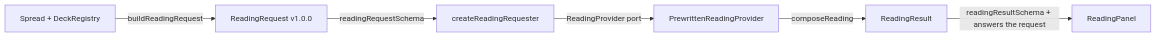
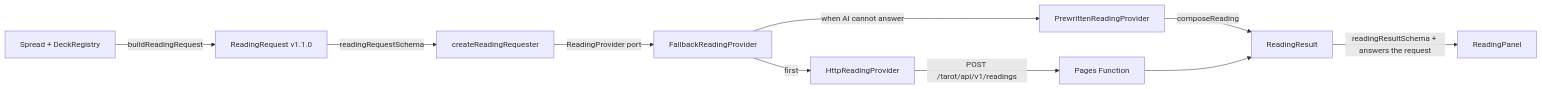
One commit to 3pwei/tarot-atelier changed the diagram in docs/reading.md. Above: the diagram before and after it, drawn with Mermaid. The commit also changed other lines of this file and 71 other files, not shown here.

First line of the commit message:
feat: Phase 05 AI readings on Workers AI with pre-written fallback (#17)

````diff
--- a/docs/reading.md
+++ b/docs/reading.md
@@ -7,8 +7,12 @@
 ```mermaid
 flowchart LR
-  S[Spread + DeckRegistry] -->|buildReadingRequest| R[ReadingRequest v1.0.0]
+  S[Spread + DeckRegistry] -->|buildReadingRequest| R[ReadingRequest v1.1.0]
   R -->|readingRequestSchema| Q[createReadingRequester]
-  Q -->|ReadingProvider port| P[PrewrittenReadingProvider]
+  Q -->|ReadingProvider port| F[FallbackReadingProvider]
+  F -->|first| H[HttpReadingProvider]
+  H -->|POST /tarot/api/v1/readings| E[Pages Function]
+  F -->|when AI cannot answer| P[PrewrittenReadingProvider]
   P -->|composeReading| X[ReadingResult]
+  E --> X
   X -->|readingResultSchema + answers the request| U[ReadingPanel]
 ```
````
